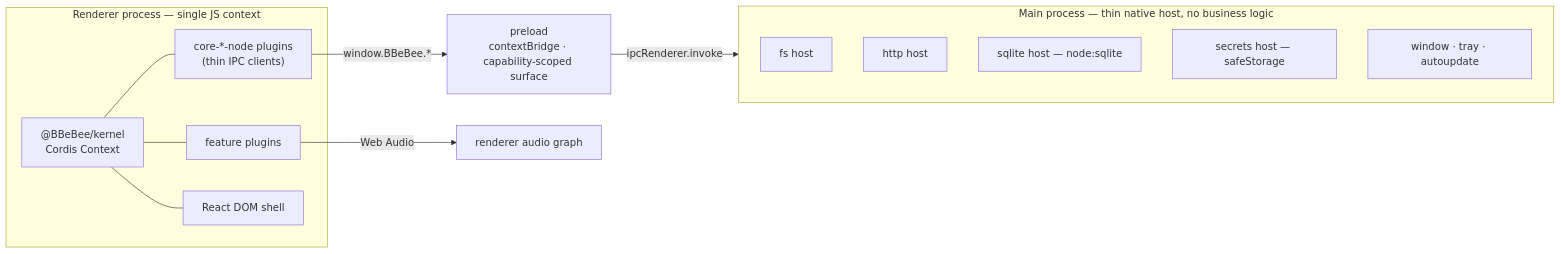
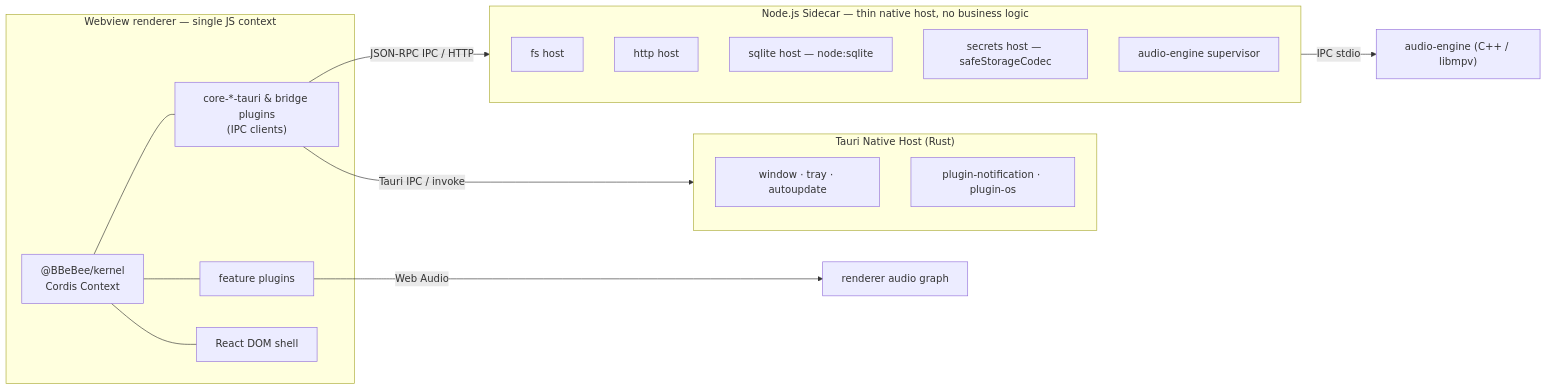
The third of 4 diagrams in docs/architecture/layers.md (BBeBeeX/BBeBee), drawn with Mermaid before and after one commit. The commit also changed other lines of this file and 38 other files, not shown here.

````diff
--- a/docs/architecture/layers.md
+++ b/docs/architecture/layers.md
@@ -288,23 +288,27 @@
 ```mermaid
 flowchart LR
-    subgraph Renderer["Renderer process — single JS context"]
+    subgraph Renderer["Webview renderer — single JS context"]
         KD["@BBeBee/kernel<br/>Cordis Context"]
-        CD["core-*-node plugins<br/>(thin IPC clients)"]
+        CD["core-*-tauri & bridge plugins<br/>(IPC clients)"]
         FD["feature plugins"]
         UD["React DOM shell"]
         KD --- CD
         KD --- FD
         KD --- UD
     end
-    PRE["preload<br/>contextBridge · capability-scoped surface"]
-    subgraph Main["Main process — thin native host, no business logic"]
+    subgraph TauriApp["Tauri Native Host (Rust)"]
+        T1["window · tray · autoupdate"]
+        T2["plugin-notification · plugin-os"]
+    end
+    subgraph Sidecar["Node.js Sidecar — thin native host, no business logic"]
         H1["fs host"]
         H2["http host"]
         H3["sqlite host — node:sqlite"]
-        H4["secrets host — safeStorage"]
-        H5["window · tray · autoupdate"]
+        H4["secrets host — safeStorageCodec"]
+        H5["audio-engine supervisor"]
     end
-    CD -->|window.BBeBee.*| PRE
-    PRE -->|ipcRenderer.invoke| Main
+    CD -->|Tauri IPC / invoke| TauriApp
+    CD -->|JSON-RPC IPC / HTTP| Sidecar
+    Sidecar -->|IPC stdio| AE["audio-engine (C++ / libmpv)"]
     FD -->|Web Audio| WA["renderer audio graph"]
 ```
````
